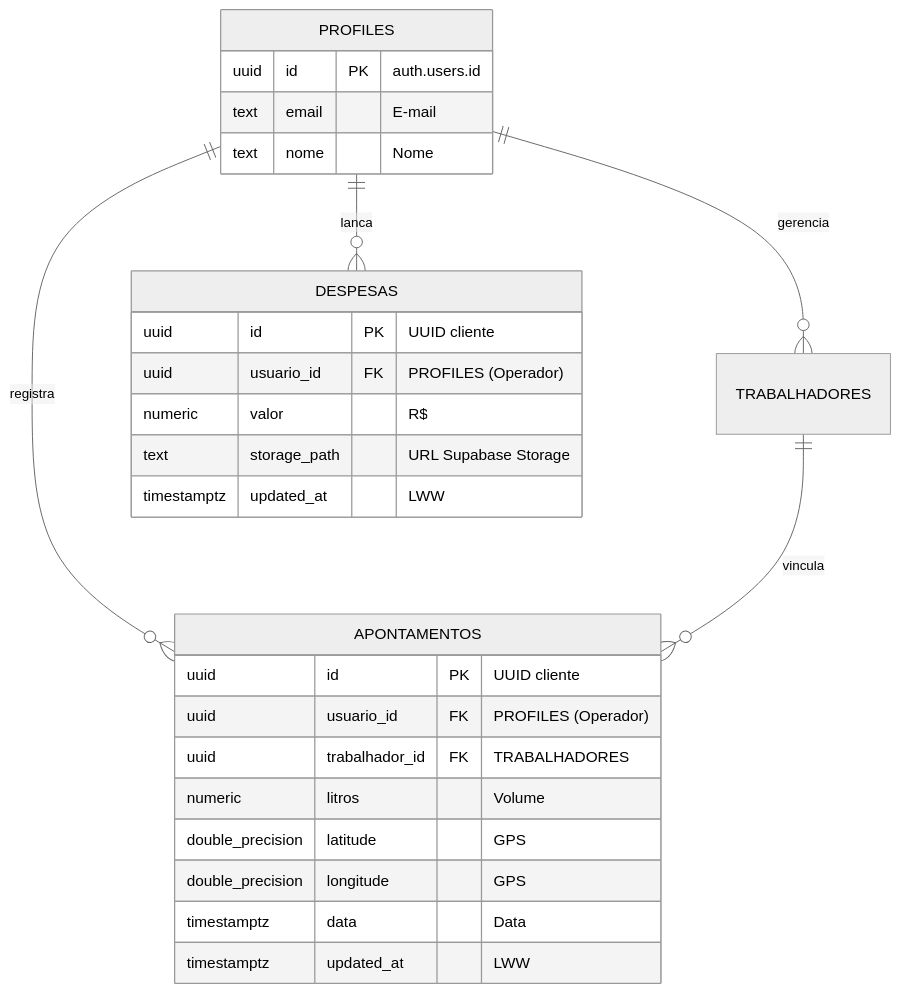
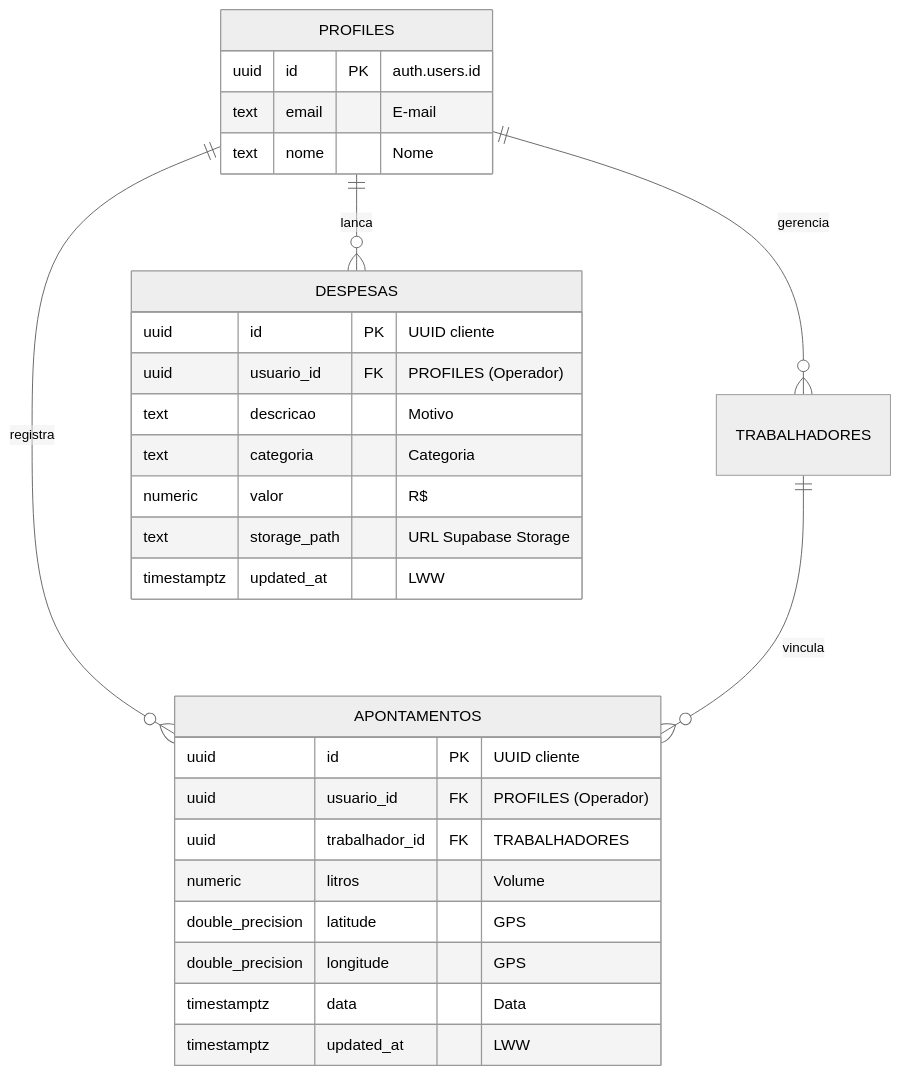
The fourth of 10 diagrams in docs/documento-software-mobile-apresentacao.md (JoaoPedroScalioni/MOBILEEE), drawn with Mermaid (neutral theme) before and after one commit. The commit also changed other lines of this file, not shown here.

````diff
--- a/docs/documento-software-mobile-apresentacao.md
+++ b/docs/documento-software-mobile-apresentacao.md
@@ -258,32 +262,34 @@
 ```mermaid
 erDiagram
     PROFILES ||--o{ TRABALHADORES : gerencia
     PROFILES ||--o{ APONTAMENTOS : registra
     PROFILES ||--o{ DESPESAS : lanca
     TRABALHADORES ||--o{ APONTAMENTOS : vincula
 
     PROFILES {
         uuid id PK "auth.users.id"
         text email "E-mail"
         text nome "Nome"
     }
 
     APONTAMENTOS {
         uuid id PK "UUID cliente"
         uuid usuario_id FK "PROFILES (Operador)"
         uuid trabalhador_id FK "TRABALHADORES"
         numeric litros "Volume"
         double_precision latitude "GPS"
         double_precision longitude "GPS"
         timestamptz data "Data"
         timestamptz updated_at "LWW"
     }
 
     DESPESAS {
         uuid id PK "UUID cliente"
         uuid usuario_id FK "PROFILES (Operador)"
+        text descricao "Motivo"
+        text categoria "Categoria"
         numeric valor "R$"
         text storage_path "URL Supabase Storage"
         timestamptz updated_at "LWW"
     }
 ```
````
